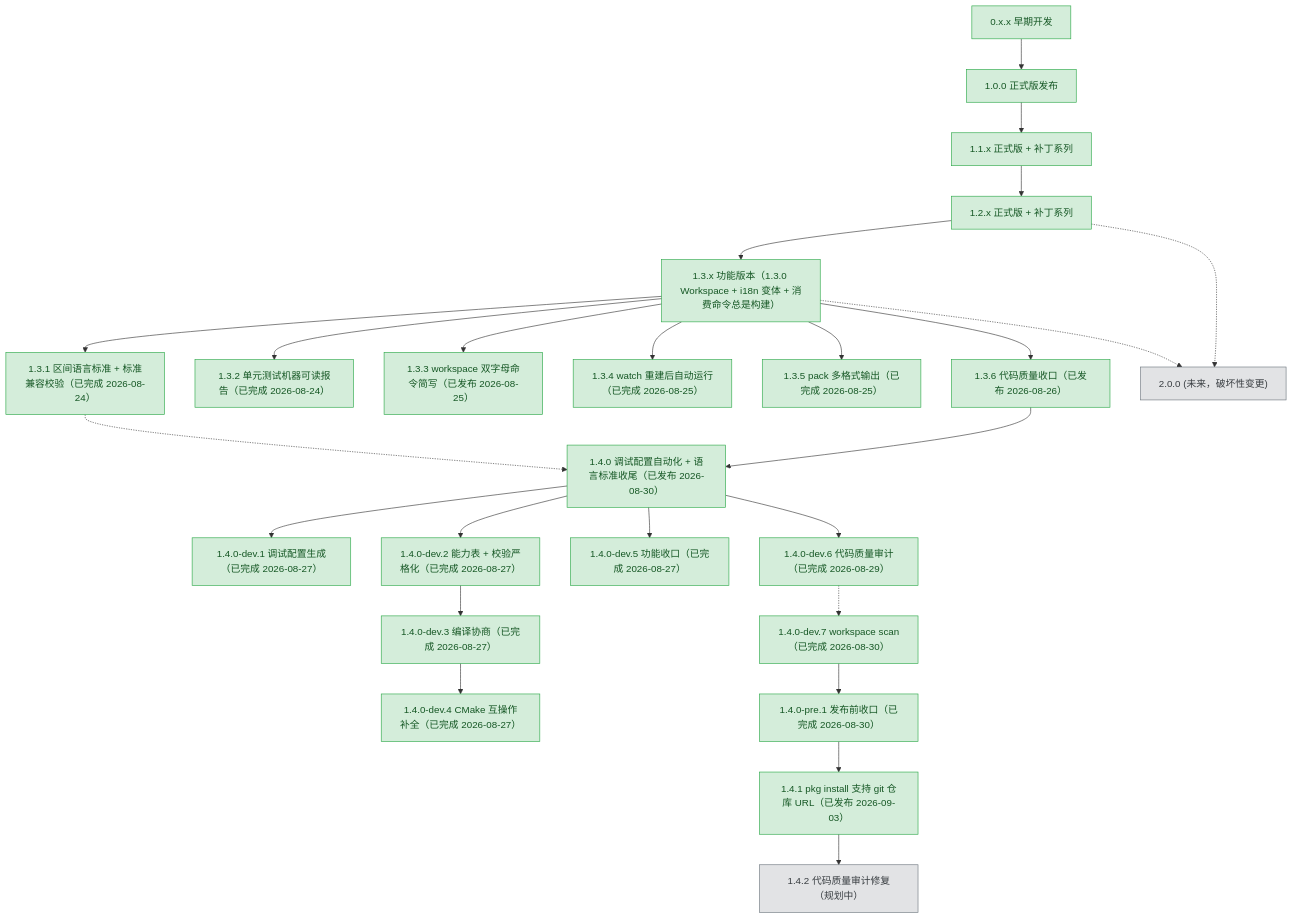
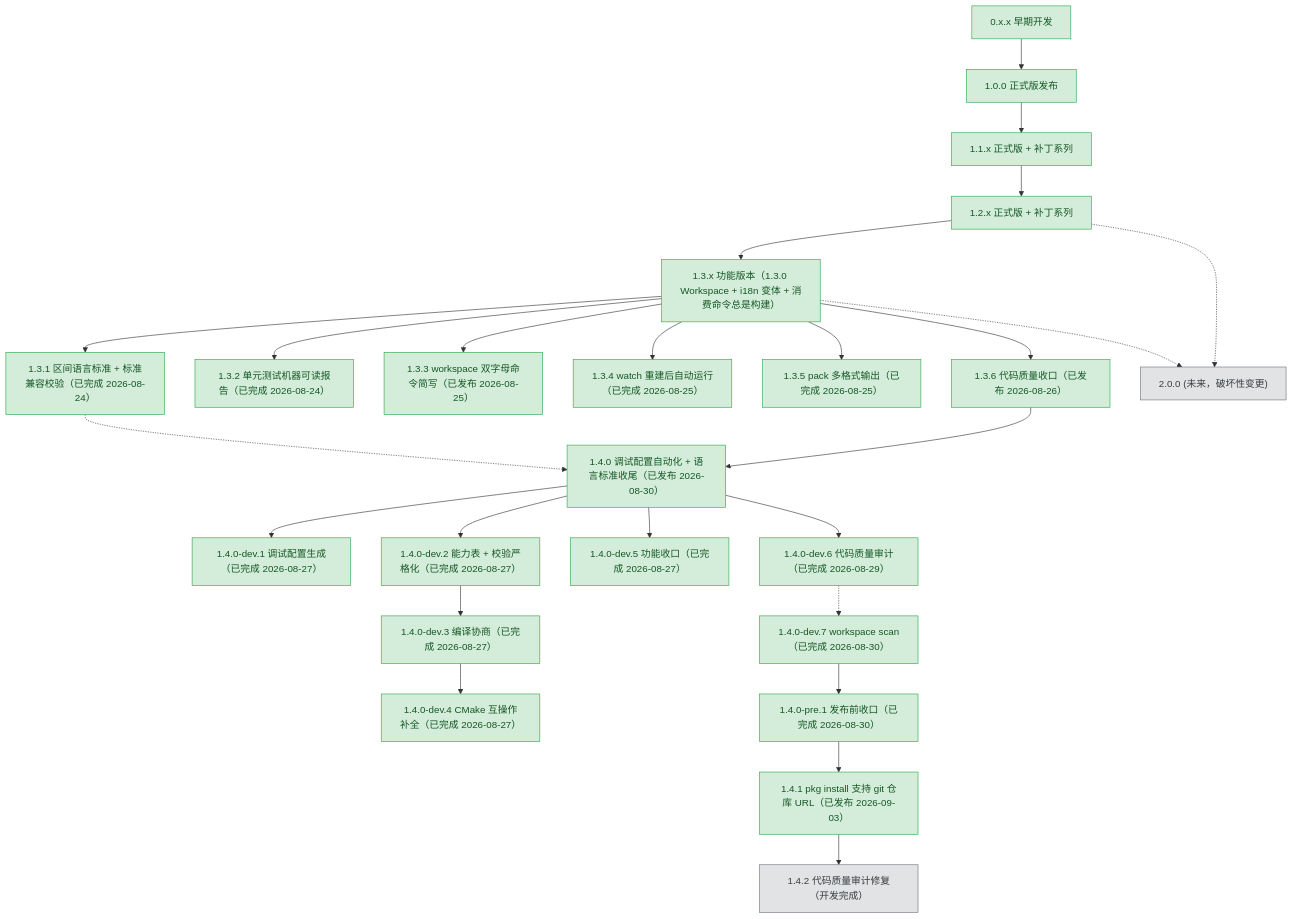
One commit to 3667808244/EazyMake changed the diagram in plans/README.md. Above: the diagram before and after it, drawn with Mermaid. The commit also changed other lines of this file and 27 other files, not shown here.

````diff
--- a/plans/README.md
+++ b/plans/README.md
@@ -66,78 +66,78 @@
 ```mermaid
 graph TD
     v0xx["0.x.x 早期开发"]
     v100["1.0.0 正式版发布"]
     v11x["1.1.x 正式版 + 补丁系列"]
     v12x["1.2.x 正式版 + 补丁系列"]
     v13x["1.3.x 功能版本（1.3.0 Workspace + i18n 变体 + 消费命令总是构建）"]
     v131["1.3.1 区间语言标准 + 标准兼容校验（已完成 2026-08-24）"]
     v132["1.3.2 单元测试机器可读报告（已完成 2026-08-24）"]
     v133["1.3.3 workspace 双字母命令简写（已发布 2026-08-25）"]
     v134["1.3.4 watch 重建后自动运行（已完成 2026-08-25）"]
     v135["1.3.5 pack 多格式输出（已完成 2026-08-25）"]
     v136["1.3.6 代码质量收口（已发布 2026-08-26）"]
     v140["1.4.0 调试配置自动化 + 语言标准收尾（已发布 2026-08-30）"]
     v141["1.4.0-dev.1 调试配置生成（已完成 2026-08-27）"]
     v142["1.4.0-dev.2 能力表 + 校验严格化（已完成 2026-08-27）"]
     v143["1.4.0-dev.3 编译协商（已完成 2026-08-27）"]
     v144["1.4.0-dev.4 CMake 互操作补全（已完成 2026-08-27）"]
     v145["1.4.0-dev.5 功能收口（已完成 2026-08-27）"]
     v146["1.4.0-dev.6 代码质量审计（已完成 2026-08-29）"]
     v147["1.4.0-dev.7 workspace scan（已完成 2026-08-30）"]
     v148["1.4.0-pre.1 发布前收口（已完成 2026-08-30）"]
     v141p["1.4.1 pkg install 支持 git 仓库 URL（已发布 2026-09-03）"]
-    v142p["1.4.2 代码质量审计修复（规划中）"]
+    v142p["1.4.2 代码质量审计修复（开发完成）"]
     v200["2.0.0 (未来，破坏性变更)"]
 
     v0xx --> v100
     v100 --> v11x
     v11x --> v12x
     v12x --> v13x
     v13x --> v131
     v13x --> v132
     v13x --> v133
     v13x --> v134
     v13x --> v135
     v13x --> v136
     v136 --> v140
     v140 --> v141
     v140 --> v142
     v142 --> v143
     v143 --> v144
     v140 --> v145
     v140 --> v146
     v146 -.-> v147
     v147 --> v148
     v148 --> v141p
     v141p --> v142p
     v131 -.-> v140
     v12x -.-> v200
     v13x -.-> v200
 
     classDef done fill:#d4edda,stroke:#28a745,color:#155724;
     classDef active fill:#fff3cd,stroke:#ffc107,color:#856404;
     classDef todo fill:#e2e3e5,stroke:#6c757d,color:#383d41;
 
     class v0xx,v100 done;
     class v11x done;
     class v12x done;
     class v13x done;
     class v131 done;
     class v132 done;
     class v133 done;
     class v134 done;
     class v135 done;
     class v136 done;
     class v140 done;
     class v141 done;
     class v142 done;
     class v143 done;
     class v144 done;
     class v145 done;
     class v146 done;
     class v147 done;
     class v148 done;
     class v141p done;
     class v142p todo;
     class v200 todo;
 ```
````
